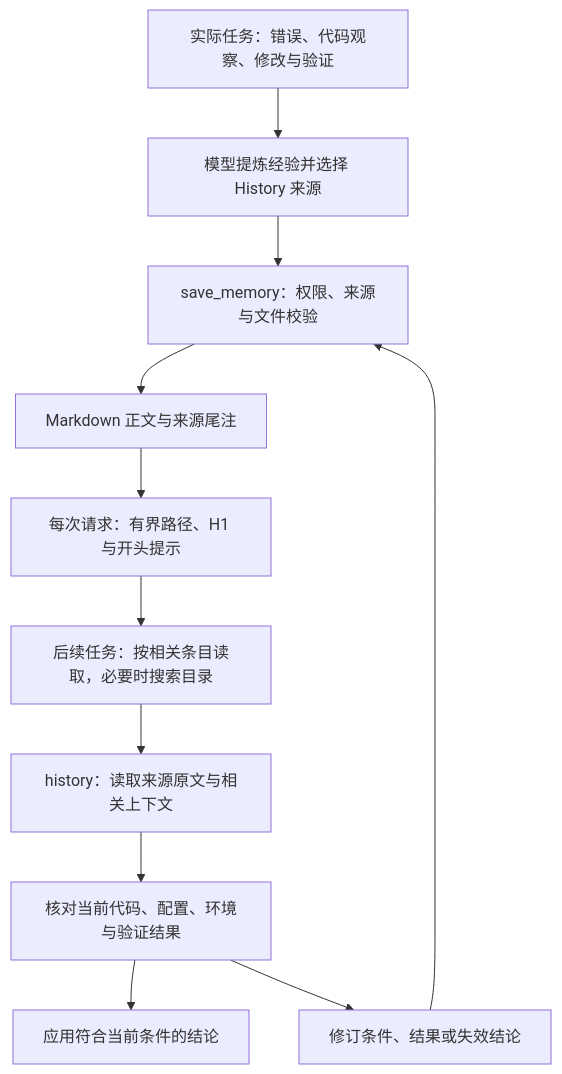
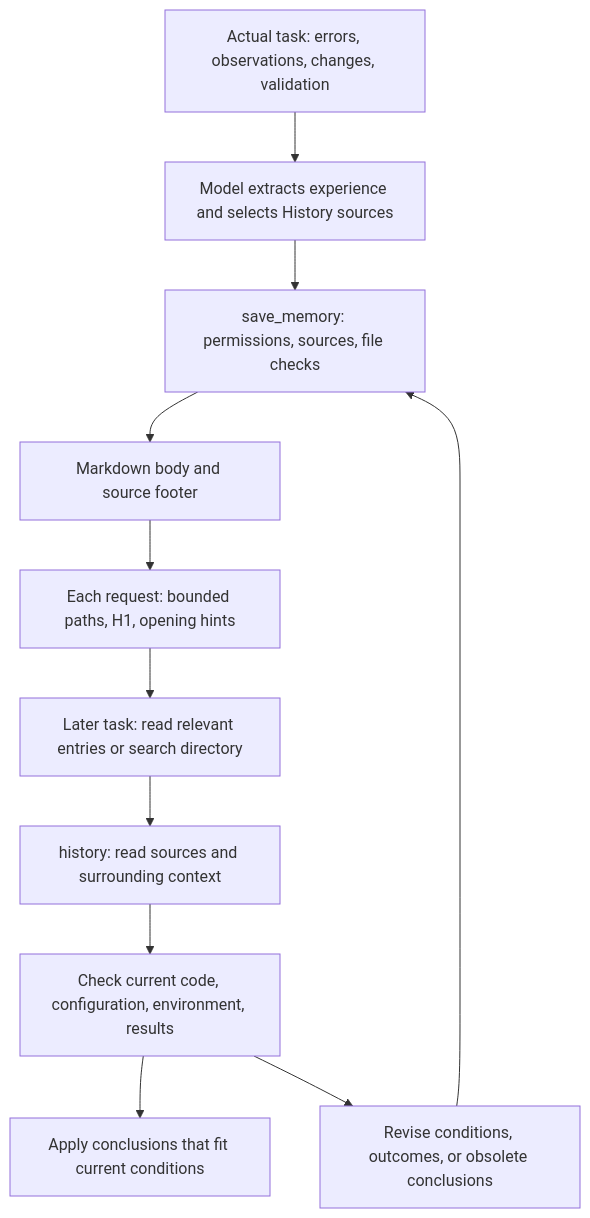
Before and after one commit to reddishJade/cade: the diagram in docs/guide/memory.md, drawn with Mermaid. The commit also changed other lines of this file and 93 other files, not shown here.

````diff
--- a/docs/guide/memory.md
+++ b/docs/guide/memory.md
@@ -39,13 +28,13 @@
 ```mermaid
 flowchart TD
-    Evidence["实际任务：错误、代码观察、修改与验证"] --> Draft["模型提炼经验并选择 History 来源"]
-    Draft --> Save["save_memory：权限、来源与文件校验"]
-    Save --> File["Markdown 正文与来源尾注"]
-    File --> Catalog["每次请求：有界路径、H1 与开头提示"]
-    Catalog --> Search["后续任务：按相关条目读取，必要时搜索目录"]
-    Search --> History["history：读取来源原文与相关上下文"]
-    History --> Check["核对当前代码、配置、环境与验证结果"]
-    Check --> Use["应用符合当前条件的结论"]
-    Check --> Revise["修订条件、结果或失效结论"]
+    Evidence["Actual task: errors, observations, changes, validation"] --> Draft["Model extracts experience and selects History sources"]
+    Draft --> Save["save_memory: permissions, sources, file checks"]
+    Save --> File["Markdown body and source footer"]
+    File --> Catalog["Each request: bounded paths, H1, opening hints"]
+    Catalog --> Search["Later task: read relevant entries or search directory"]
+    Search --> History["history: read sources and surrounding context"]
+    History --> Check["Check current code, configuration, environment, results"]
+    Check --> Use["Apply conclusions that fit current conditions"]
+    Check --> Revise["Revise conditions, outcomes, or obsolete conclusions"]
     Revise --> Save
 ```
````
